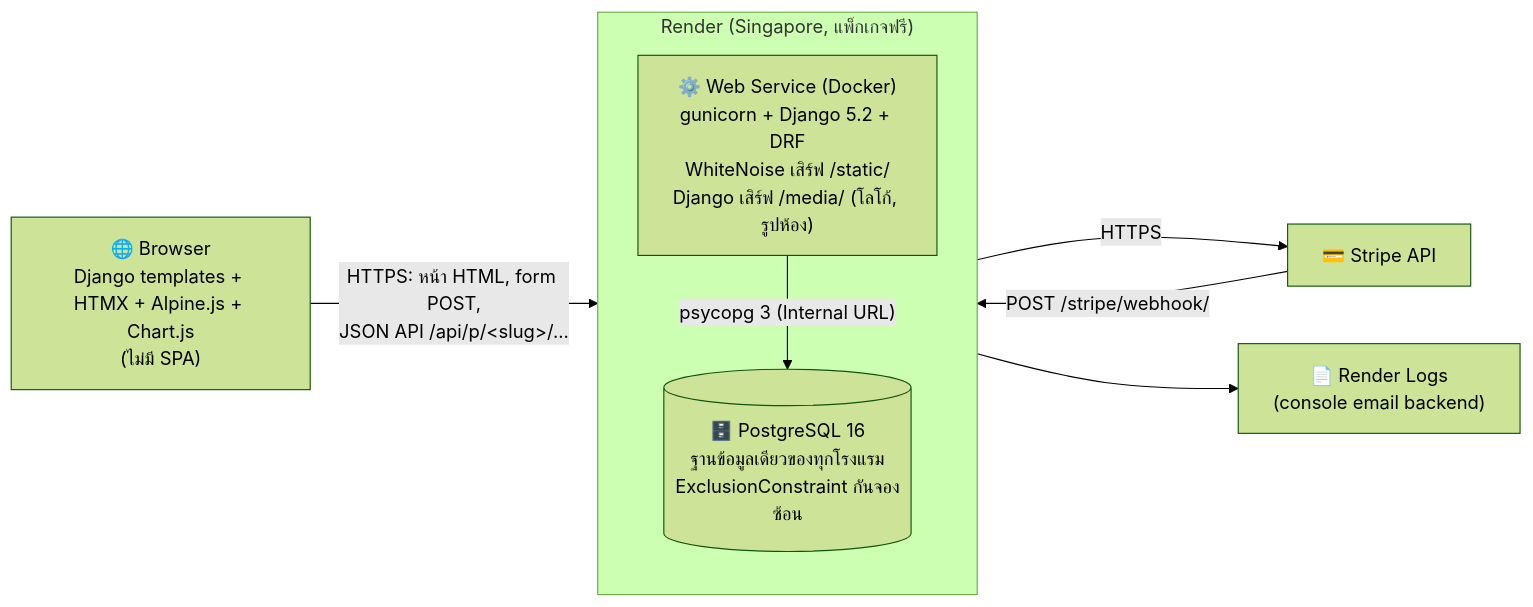
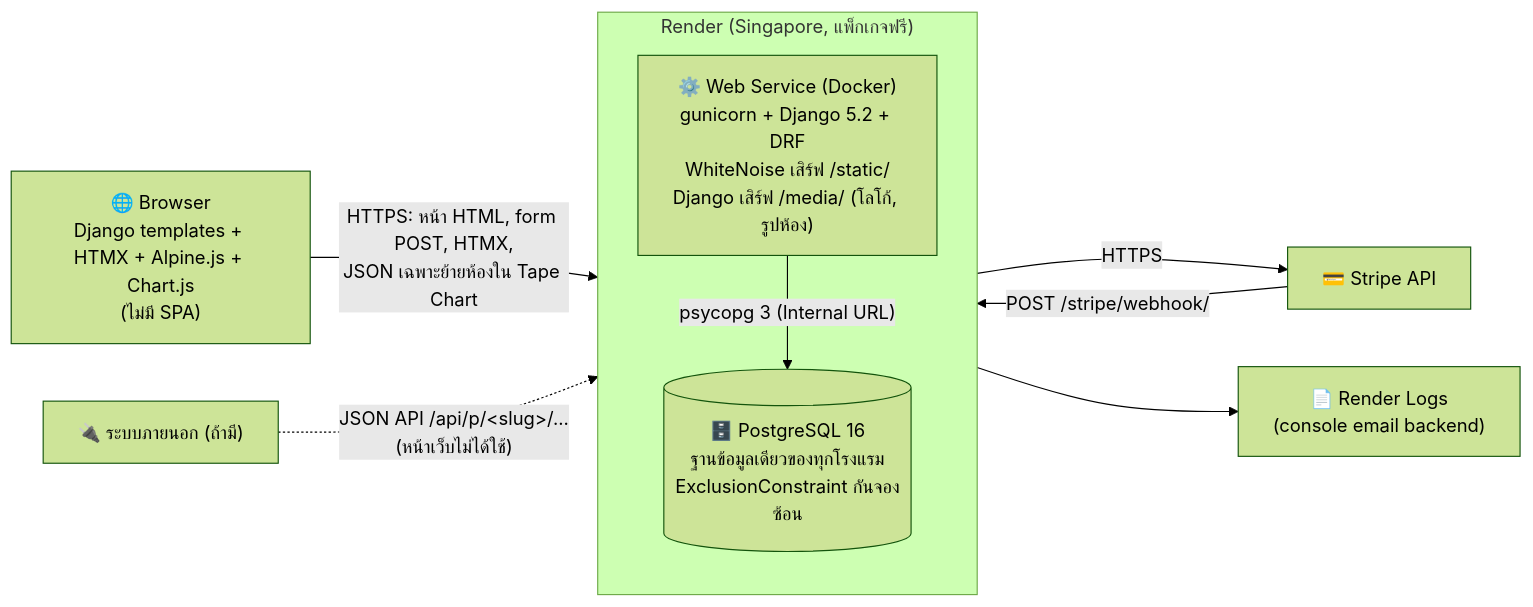
The second of 3 diagrams in docs/architecture/README.md (DaybreakList/RoangRaam), drawn with Mermaid (forest theme) before and after one commit. The commit also changed other lines of this file and 5 other files, not shown here.

````diff
--- a/docs/architecture/README.md
+++ b/docs/architecture/README.md
@@ -43,19 +43,20 @@
 ```mermaid
 flowchart LR
     browser["🌐 Browser<br/>Django templates + HTMX + Alpine.js + Chart.js<br/>(ไม่มี SPA)"]
 
     subgraph render["Render (Singapore, แพ็กเกจฟรี)"]
         direction TB
         web["⚙️ Web Service (Docker)<br/>gunicorn + Django 5.2 + DRF<br/>WhiteNoise เสิร์ฟ /static/<br/>Django เสิร์ฟ /media/ (โลโก้, รูปห้อง)"]
         db[("🗄️ PostgreSQL 16<br/>ฐานข้อมูลเดียวของทุกโรงแรม<br/>ExclusionConstraint กันจองซ้อน")]
         web -- "psycopg 3 (Internal URL)" --> db
     end
 
     stripe["💳 Stripe API"]
     logs["📄 Render Logs<br/>(console email backend)"]
 
-    browser -- "HTTPS: หน้า HTML, form POST,<br/>JSON API /api/p/&lt;slug&gt;/..." --> web
+    browser -- "HTTPS: หน้า HTML, form POST, HTMX,<br/>JSON เฉพาะย้ายห้องใน Tape Chart" --> web
+    client["🔌 ระบบภายนอก (ถ้ามี)"] -. "JSON API /api/p/&lt;slug&gt;/...<br/>(หน้าเว็บไม่ได้ใช้)" .-> web
     web -- "HTTPS" --> stripe
     stripe -- "POST /stripe/webhook/" --> web
     web --> logs
 ```
````
